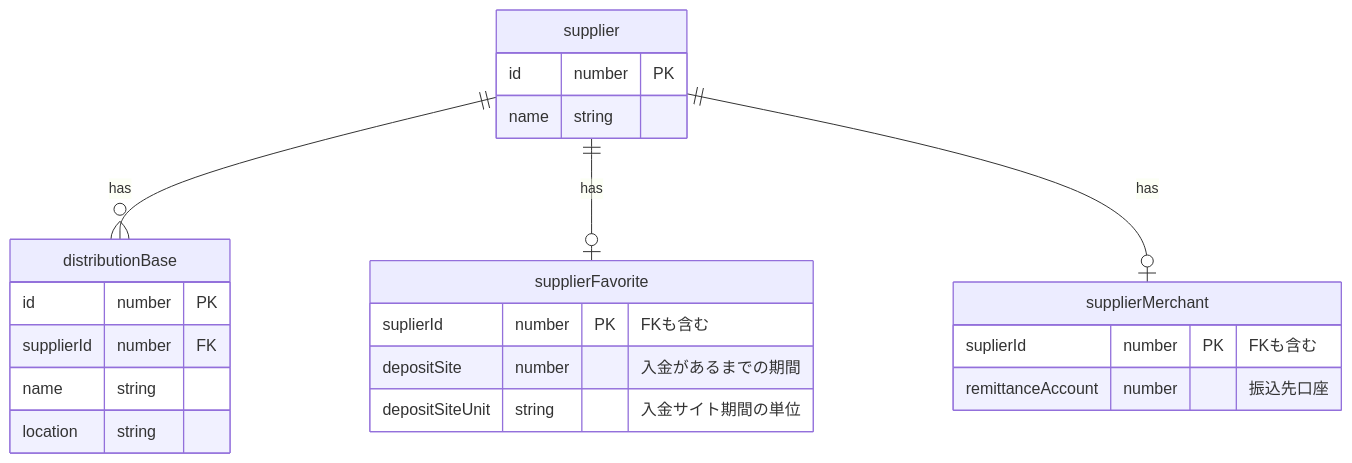
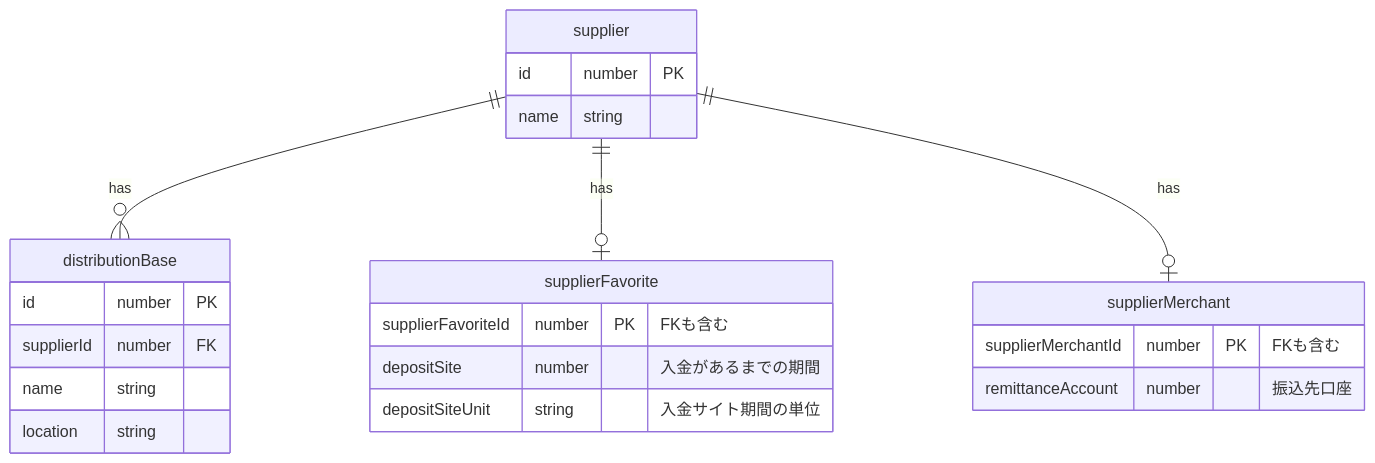
One commit to pon0204/uml-sandbox changed the diagram in practice-data-modering-taizen/5/[5-15] 取引先サブタイプの管理モデル.md. Above: the diagram before and after it, drawn with Mermaid. The commit also changed 1 other file, not shown here.

Commit message:
feat: [5-16] 得意先部門と得意先ユーザーモデル作成

````diff
--- a/practice-data-modering-taizen/5/[5-15] 取引先サブタイプの管理モデル.md
+++ b/practice-data-modering-taizen/5/[5-15] 取引先サブタイプの管理モデル.md
@@ -3,34 +3,34 @@
 ```mermaid
 erDiagram
 %% 取引先のサブタイプの管理主体
 
 %% 共用データ管理システム
 supplier{
 	id number PK
 	name string
 }
 
 distributionBase{
 	id number PK
 	supplierId number FK
 	name string
 	location string
 }
 
 %% 事業データ管理システム
 supplierFavorite {
-	suplierId number PK "FKも含む"
+	supplierFavoriteId number PK "FKも含む"
 	depositSite number "入金があるまでの期間"
 	depositSiteUnit string "入金サイト期間の単位"
 }
 
 %% 財務データ管理システム
 supplierMerchant {
-	suplierId number PK "FKも含む"
+	supplierMerchantId number PK "FKも含む"
 	remittanceAccount number "振込先口座"
 }
 
 supplier ||--o{ distributionBase: has
 supplier ||--o| supplierFavorite : has
 supplier ||--o| supplierMerchant : has
 ```
````
